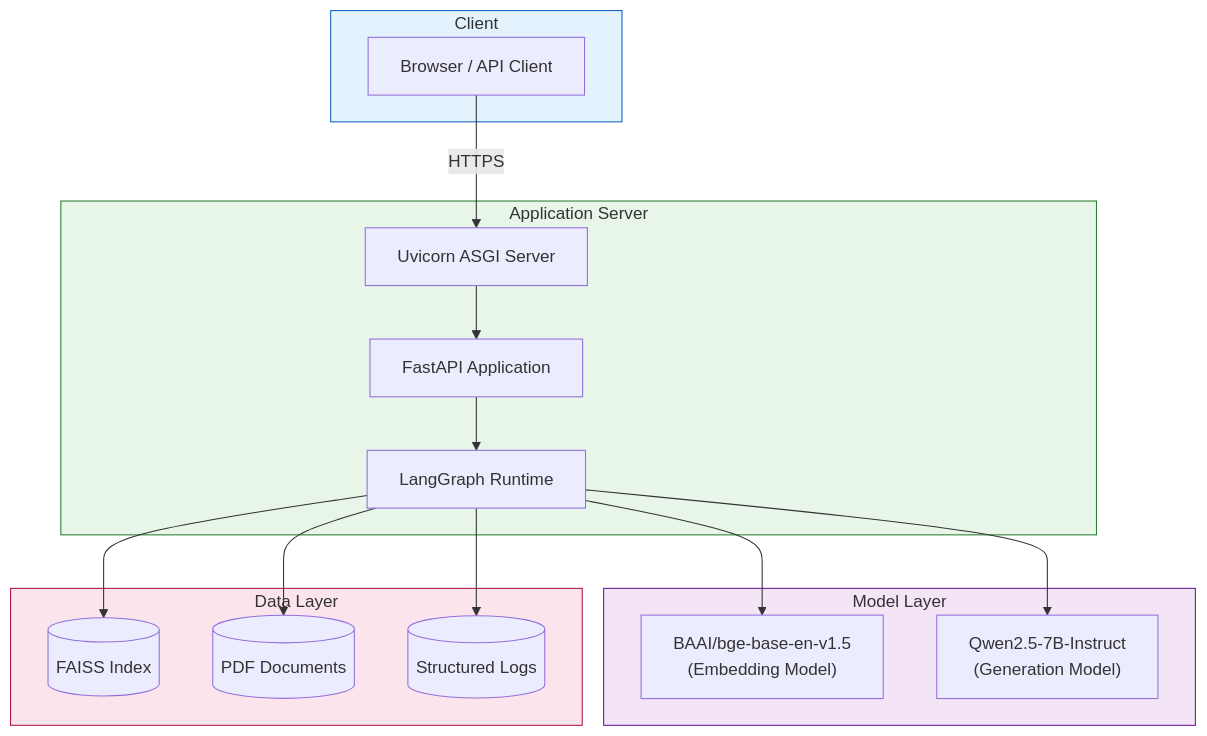
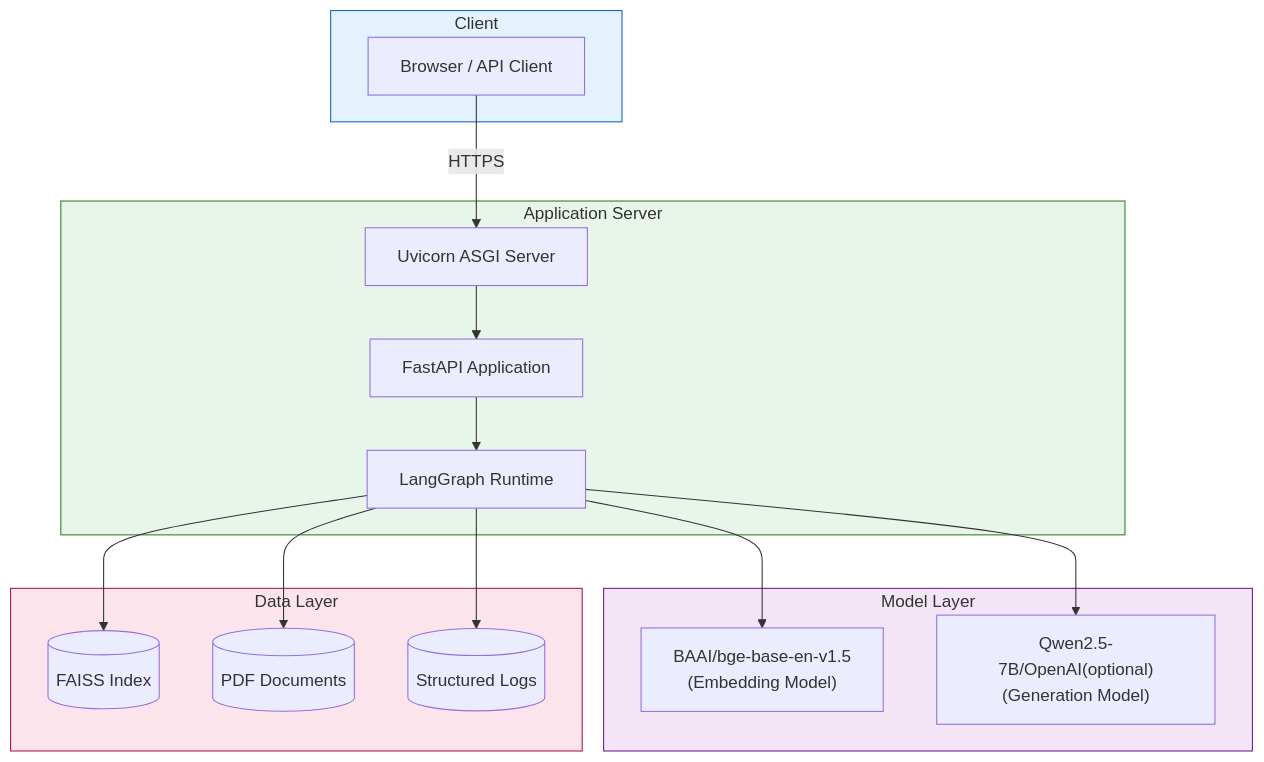
Before and after one commit to Nishant0510/AI-Agent: diagram 11 of 12 in Readme.md, drawn with Mermaid. The commit also changed other lines of this file, not shown here.

Commit message:
Update Qwen model references in Readme.md

````diff
--- a/Readme.md
+++ b/Readme.md
@@ -810,37 +810,37 @@
 ```mermaid
 graph TB
     subgraph Client
         Browser["Browser / API Client"]
     end
 
     subgraph Server["Application Server"]
         Uvicorn["Uvicorn ASGI Server"]
         FastAPIApp["FastAPI Application"]
         Graph["LangGraph Runtime"]
     end
 
     subgraph ModelLayer["Model Layer"]
         Embedder["BAAI/bge-base-en-v1.5<br/>(Embedding Model)"]
-        LLMModel["Qwen2.5-7B-Instruct<br/>(Generation Model)"]
+        LLMModel["Qwen2.5-7B/OpenAI(optional)<br/>(Generation Model)"]
     end
 
     subgraph DataLayer["Data Layer"]
         FAISSIdx[("FAISS Index")]
         Docs[("PDF Documents")]
         LogFiles[("Structured Logs")]
     end
 
     Browser -->|HTTPS| Uvicorn
     Uvicorn --> FastAPIApp
     FastAPIApp --> Graph
     Graph --> Embedder
     Graph --> LLMModel
     Graph --> FAISSIdx
     Graph --> Docs
     Graph --> LogFiles
 
     style Client fill:#e3f2fd,stroke:#1565c0
     style Server fill:#e8f5e9,stroke:#2e7d32
     style ModelLayer fill:#f3e5f5,stroke:#6a1b9a
     style DataLayer fill:#fce4ec,stroke:#ad1457
 ```
````
